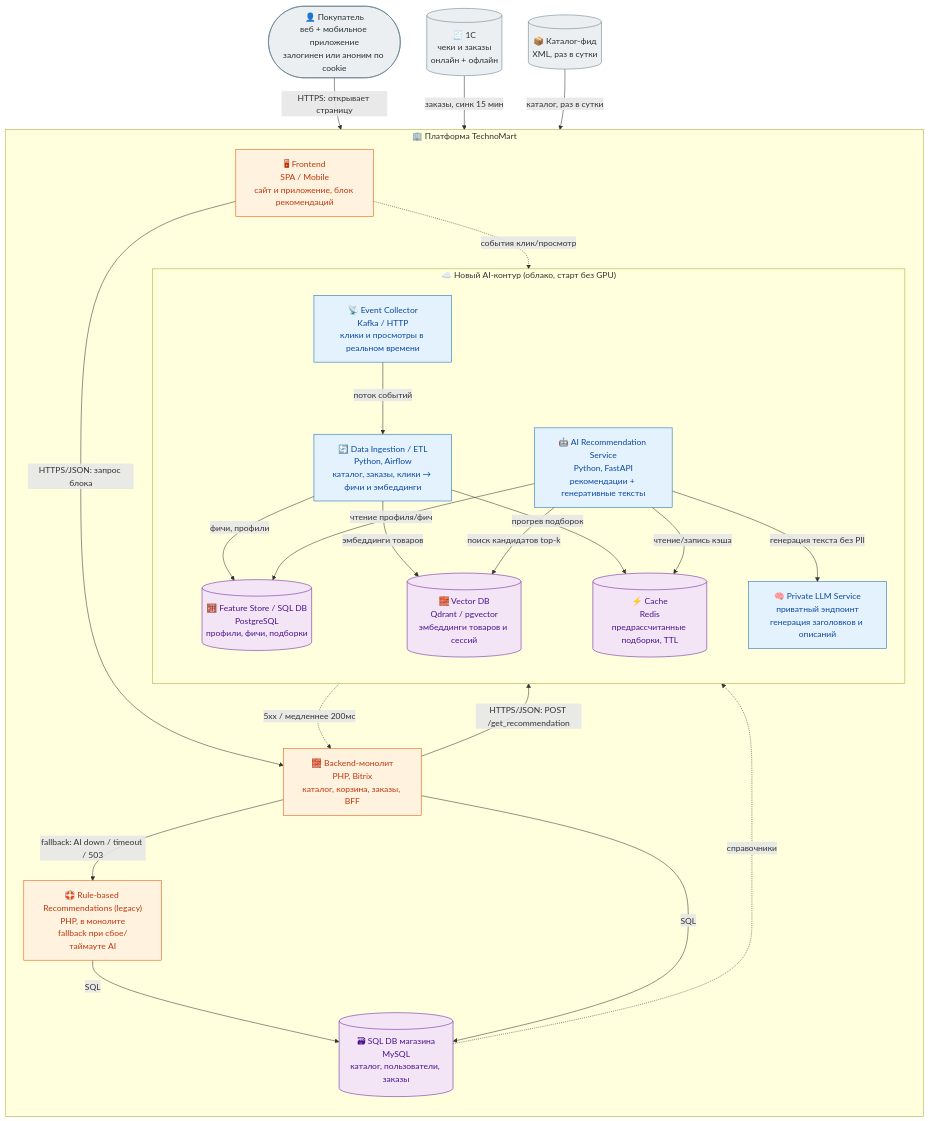
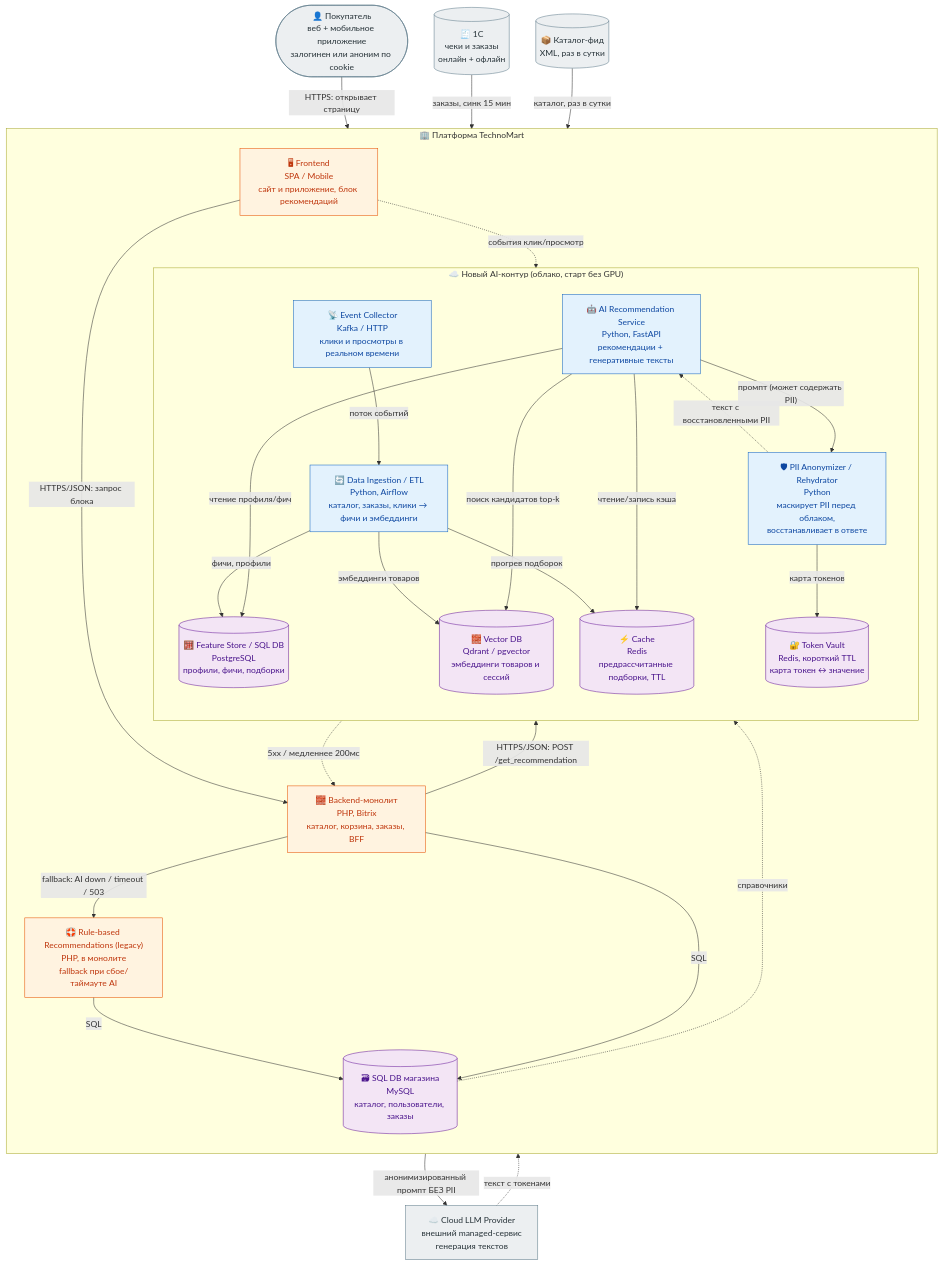
Before and after one commit to divisee/otus-ai-architect: the second of 4 diagrams in hw-2/README.md, drawn with Mermaid. The commit also changed other lines of this file and 6 other files, not shown here.

````diff
--- a/hw-2/README.md
+++ b/hw-2/README.md
@@ -61,57 +56,63 @@
 ```mermaid
 flowchart TB
     User([👤 Покупатель<br/>веб + мобильное приложение<br/>залогинен или аноним по cookie])
 
     subgraph TM["🏢 Платформа TechnoMart"]
         direction TB
         FE["🖥 Frontend<br/>SPA / Mobile<br/>сайт и приложение, блок рекомендаций"]
         BE["🧱 Backend-монолит<br/>PHP, Bitrix<br/>каталог, корзина, заказы, BFF"]
         LEGACY["🛟 Rule-based Recommendations (legacy)<br/>PHP, в монолите<br/>fallback при сбое/таймауте AI"]
         MYSQL[("🗃 SQL DB магазина<br/>MySQL<br/>каталог, пользователи, заказы")]
 
         subgraph NEW["☁️ Новый AI-контур (облако, старт без GPU)"]
             direction TB
             AISVC["🤖 AI Recommendation Service<br/>Python, FastAPI<br/>рекомендации + генеративные тексты"]
             FS[("🧮 Feature Store / SQL DB<br/>PostgreSQL<br/>профили, фичи, подборки")]
             VDB[("🧱 Vector DB<br/>Qdrant / pgvector<br/>эмбеддинги товаров и сессий")]
             CACHE[("⚡ Cache<br/>Redis<br/>предрассчитанные подборки, TTL")]
             ETL["🔄 Data Ingestion / ETL<br/>Python, Airflow<br/>каталог, заказы, клики → фичи и эмбеддинги"]
             EVT["📡 Event Collector<br/>Kafka / HTTP<br/>клики и просмотры в реальном времени"]
-            LLM["🧠 Private LLM Service<br/>приватный эндпоинт<br/>генерация заголовков и описаний"]
+            ANON["🛡 PII Anonymizer / Rehydrator<br/>Python<br/>маскирует PII перед облаком,<br/>восстанавливает в ответе"]
+            VAULT[("🔐 Token Vault<br/>Redis, короткий TTL<br/>карта токен ↔ значение")]
         end
     end
 
     ONEC[("🧾 1С<br/>чеки и заказы<br/>онлайн + офлайн")]
     XML[("📦 Каталог-фид<br/>XML, раз в сутки")]
+    CLOUD["☁️ Cloud LLM Provider<br/>внешний managed-сервис<br/>генерация текстов"]
 
     User -->|"HTTPS: открывает страницу"| FE
     FE -->|"HTTPS/JSON: запрос блока"| BE
     BE -->|"HTTPS/JSON: POST /get_recommendation"| AISVC
     FE -.->|"события клик/просмотр"| EVT
     BE -->|"fallback: AI down / timeout / 503"| LEGACY
     AISVC -.->|"5xx / медленнее 200мс"| BE
     LEGACY -->|"SQL"| MYSQL
     BE -->|"SQL"| MYSQL
 
     AISVC -->|"чтение профиля/фич"| FS
     AISVC -->|"поиск кандидатов top-k"| VDB
     AISVC -->|"чтение/запись кэша"| CACHE
-    AISVC -->|"генерация текста без PII"| LLM
+    AISVC -->|"промпт (может содержать PII)"| ANON
+    ANON -->|"карта токенов"| VAULT
+    ANON -->|"анонимизированный промпт БЕЗ PII"| CLOUD
+    CLOUD -.->|"текст с токенами"| ANON
+    ANON -.->|"текст с восстановленными PII"| AISVC
 
     ONEC -->|"заказы, синк 15 мин"| ETL
     XML -->|"каталог, раз в сутки"| ETL
     EVT -->|"поток событий"| ETL
     MYSQL -.->|"справочники"| ETL
     ETL -->|"фичи, профили"| FS
     ETL -->|"эмбеддинги товаров"| VDB
     ETL -->|"прогрев подборок"| CACHE
 
     classDef ext fill:#eceff1,stroke:#607d8b,color:#263238;
     classDef be fill:#fff3e0,stroke:#e65100,color:#bf360c;
     classDef ai fill:#e3f2fd,stroke:#1565c0,color:#0d47a1;
     classDef data fill:#f3e5f5,stroke:#6a1b9a,color:#4a148c;
-    class User,ONEC,XML ext;
+    class User,ONEC,XML,CLOUD ext;
     class FE,BE,LEGACY be;
-    class AISVC,ETL,EVT,LLM ai;
-    class MYSQL,FS,VDB,CACHE data;
+    class AISVC,ETL,EVT,ANON ai;
+    class MYSQL,FS,VDB,CACHE,VAULT data;
 ```
````
